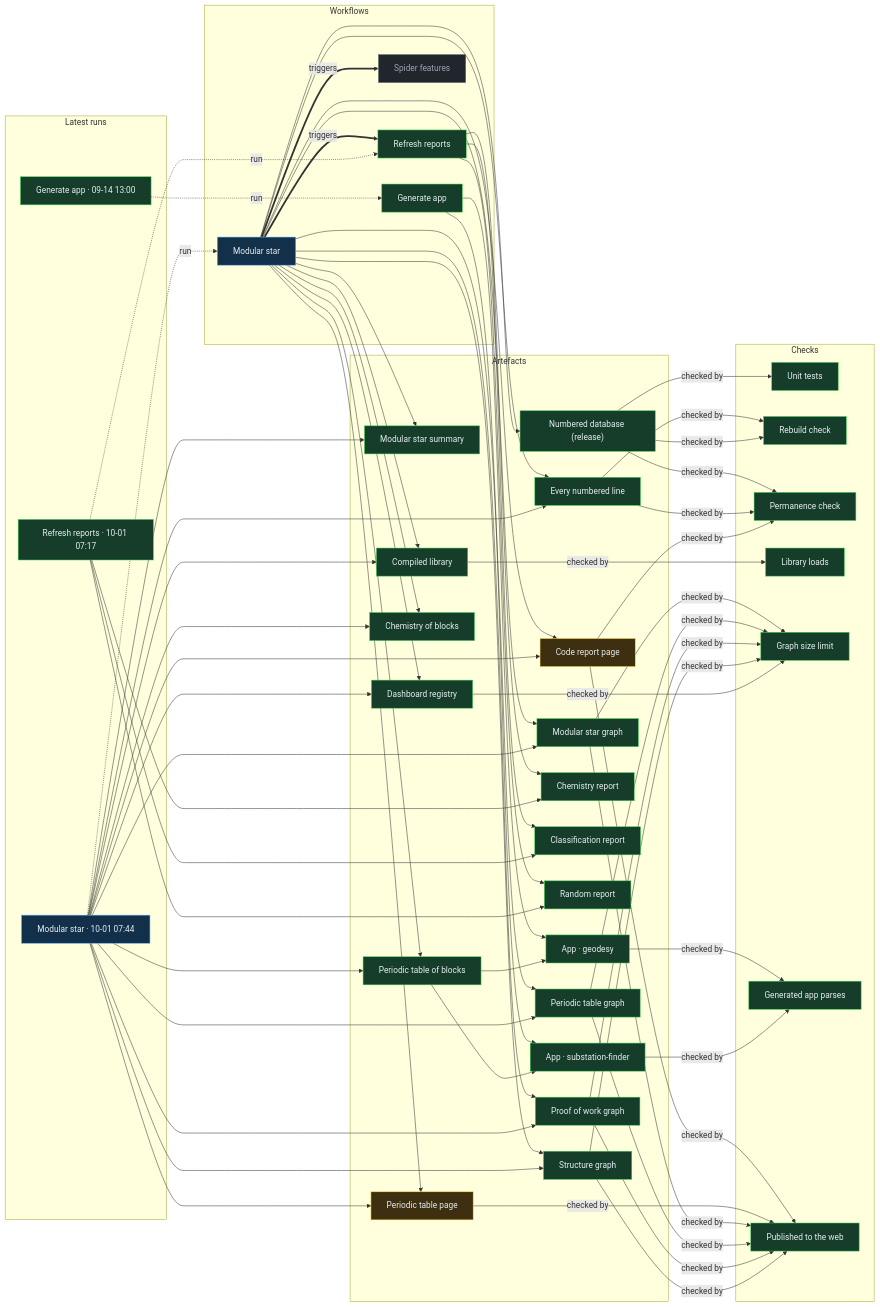
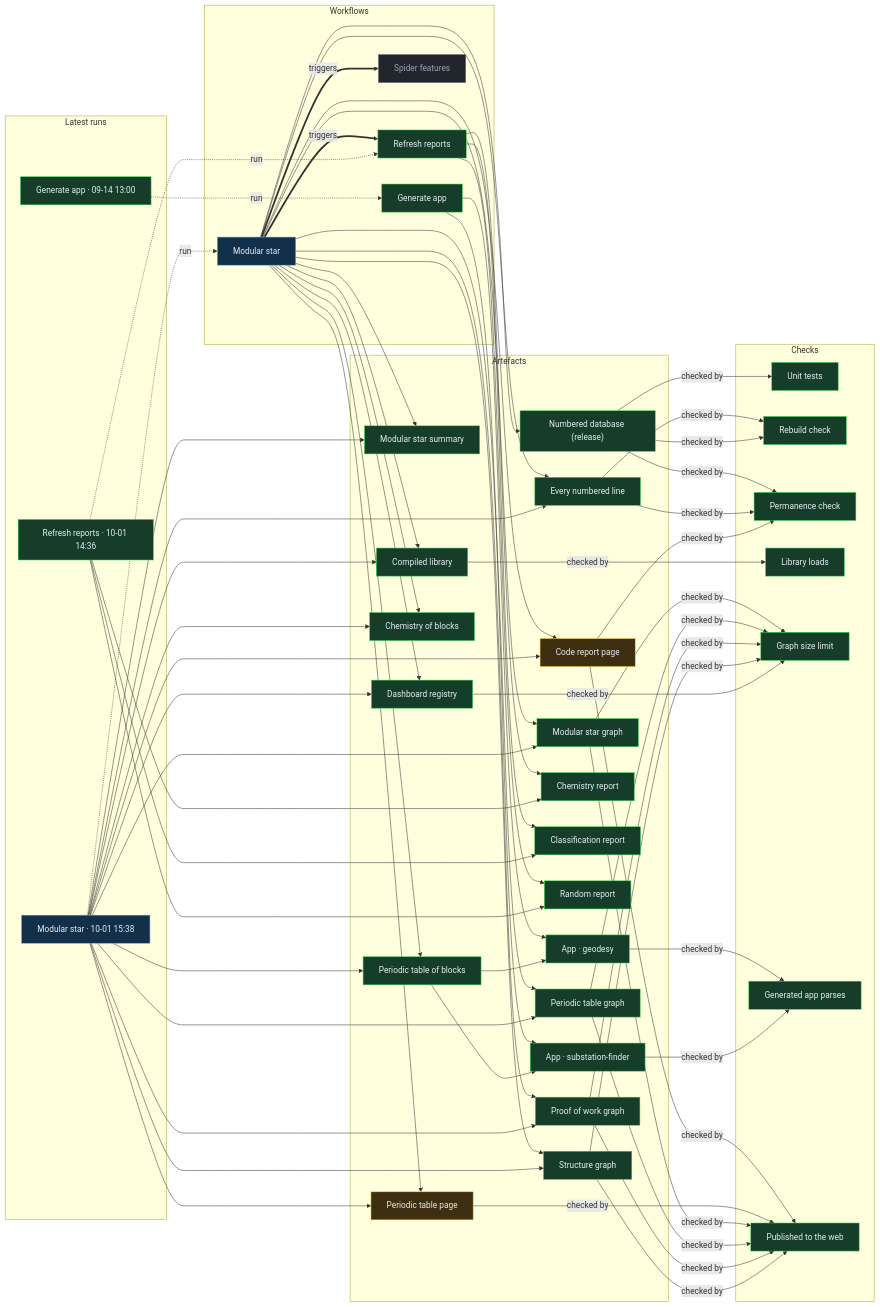
Before and after one commit to Ventusltd/stars: the diagram in proof/PROOF.md, drawn with Mermaid. The commit also changed other lines of this file and 39 other files, not shown here.

Commit message:
Modular star 2026-10-01T15:41Z

```diff
--- a/proof/PROOF.md
+++ b/proof/PROOF.md
@@ -24,8 +24,8 @@
   n_wf_spider_features["Spider features"]:::off
   end
   subgraph g_runs["Latest runs"]
-  n_run_36832101105["Modular star · 10-01 07:44"]:::live
-  n_run_36829465375["Refresh reports · 10-01 07:17"]:::ok
+  n_run_36885797045["Modular star · 10-01 15:38"]:::live
+  n_run_36877671002["Refresh reports · 10-01 14:36"]:::ok
   n_run_34846587798["Generate app · 09-14 13:00"]:::ok
   end
   subgraph g_artefacts["Artefacts"]
@@ -59,39 +59,39 @@
   end
   n_wf_modular_star == triggers ==> n_wf_refresh
   n_wf_modular_star == triggers ==> n_wf_spider_features
-  n_run_36832101105 -. run .-> n_wf_modular_star
-  n_run_36829465375 -. run .-> n_wf_refresh
+  n_run_36885797045 -. run .-> n_wf_modular_star
+  n_run_36877671002 -. run .-> n_wf_refresh
   n_run_34846587798 -. run .-> n_wf_generate
   n_wf_modular_star --> n_art_summary
-  n_run_36832101105 --> n_art_summary
+  n_run_36885797045 --> n_art_summary
   n_wf_modular_star --> n_art_lines
-  n_run_36832101105 --> n_art_lines
+  n_run_36885797045 --> n_art_lines
   n_wf_modular_star --> n_art_code
-  n_run_36832101105 --> n_art_code
+  n_run_36885797045 --> n_art_code
   n_wf_modular_star --> n_art_modular_graph
-  n_run_36832101105 --> n_art_modular_graph
+  n_run_36885797045 --> n_art_modular_graph
   n_wf_modular_star --> n_art_blocks
-  n_run_36832101105 --> n_art_blocks
+  n_run_36885797045 --> n_art_blocks
   n_wf_modular_star --> n_art_table
-  n_run_36832101105 --> n_art_table
+  n_run_36885797045 --> n_art_table
   n_wf_modular_star --> n_art_blocks_graph
-  n_run_36832101105 --> n_art_blocks_graph
+  n_run_36885797045 --> n_art_blocks_graph
   n_wf_modular_star --> n_art_reactions
-  n_run_36832101105 --> n_art_reactions
+  n_run_36885797045 --> n_art_reactions
   n_wf_modular_star --> n_art_library
-  n_run_36832101105 --> n_art_library
+  n_run_36885797045 --> n_art_library
   n_wf_modular_star --> n_art_features
-  n_run_36832101105 --> n_art_features
+  n_run_36885797045 --> n_art_features
   n_wf_modular_star --> n_art_proof
-  n_run_36832101105 --> n_art_proof
+  n_run_36885797045 --> n_art_proof
   n_wf_modular_star --> n_art_structure
-  n_run_36832101105 --> n_art_structure
+  n_run_36885797045 --> n_art_structure
   n_wf_refresh --> n_art_chemistry
-  n_run_36829465375 --> n_art_chemistry
+  n_run_36877671002 --> n_art_chemistry
   n_wf_refresh --> n_art_vedic
-  n_run_36829465375 --> n_art_vedic
+  n_run_36877671002 --> n_art_vedic
   n_wf_refresh --> n_art_random
-  n_run_36829465375 --> n_art_random
+  n_run_36877671002 --> n_art_random
   n_wf_modular_star --> n_art_release
   n_wf_generate --> n_app_geodesy
   n_art_blocks --> n_app_geodesy
```
